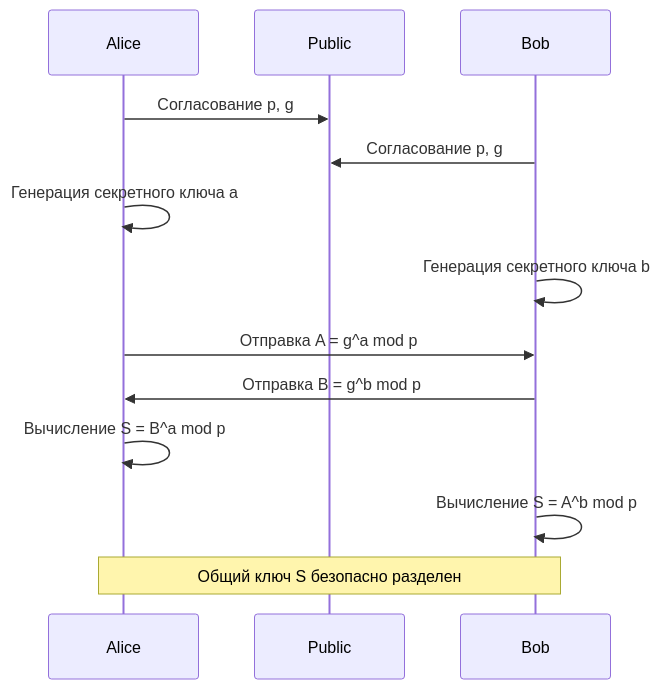
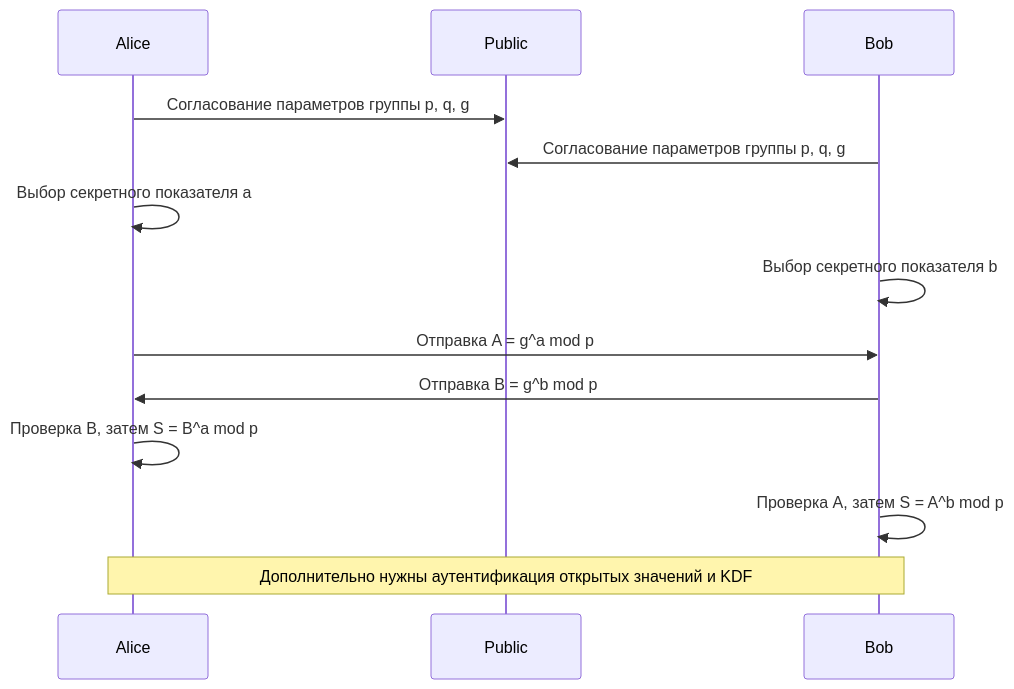
Before and after one commit to kenjinote/blog: the first of 2 diagrams in content/post/public-key-cryptography-rsa-ecc/index.ru.md, drawn with Mermaid. The commit also changed other lines of this file and 5 other files, not shown here.

````diff
--- a/content/post/public-key-cryptography-rsa-ecc/index.ru.md
+++ b/content/post/public-key-cryptography-rsa-ecc/index.ru.md
@@ -38,15 +50,15 @@
 ```mermaid
 sequenceDiagram
     participant Alice
     participant Public
     participant Bob
-    Alice->>Public: Согласование p, g
-    Bob->>Public: Согласование p, g
-    Alice->>Alice: Генерация секретного ключа a
-    Bob->>Bob: Генерация секретного ключа b
+    Alice->>Public: Согласование параметров группы p, q, g
+    Bob->>Public: Согласование параметров группы p, q, g
+    Alice->>Alice: Выбор секретного показателя a
+    Bob->>Bob: Выбор секретного показателя b
     Alice->>Bob: Отправка A = g^a mod p
     Bob->>Alice: Отправка B = g^b mod p
-    Alice->>Alice: Вычисление S = B^a mod p
-    Bob->>Bob: Вычисление S = A^b mod p
-    Note over Alice,Bob: Общий ключ S безопасно разделен
+    Alice->>Alice: Проверка B, затем S = B^a mod p
+    Bob->>Bob: Проверка A, затем S = A^b mod p
+    Note over Alice,Bob: Дополнительно нужны аутентификация открытых значений и KDF
 ```
````
